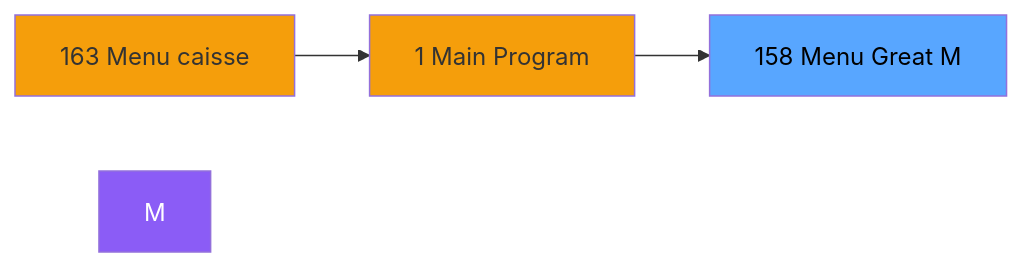
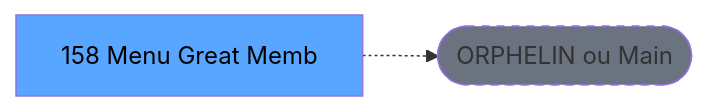
Before and after one commit to thonyAGP/lecteur-magic: the second of 3 diagrams in .openspec/specs/ADH-IDE-158.md, drawn with Mermaid. The commit also changed other lines of this file and 701 other files, not shown here.

````diff
--- a/.openspec/specs/ADH-IDE-158.md
+++ b/.openspec/specs/ADH-IDE-158.md
@@ -114,12 +117,8 @@
 ```mermaid
 graph LR
-    N163[163 Menu caisse ]
-    N1[1 Main Program]
-    T[158 Menu Great M]
-    N163 --> N1
-    N1 --> T
-    style M fill:#8b5cf6,color:#fff
-    style N163 fill:#f59e0b
-    style N1 fill:#f59e0b
+    T[158 Menu Great Memb]
+    ORPHAN([ORPHELIN ou Main])
+    T -.-> ORPHAN
     style T fill:#58a6ff,color:#000
+    style ORPHAN fill:#6b7280,stroke-dasharray: 5 5
 ```
````
